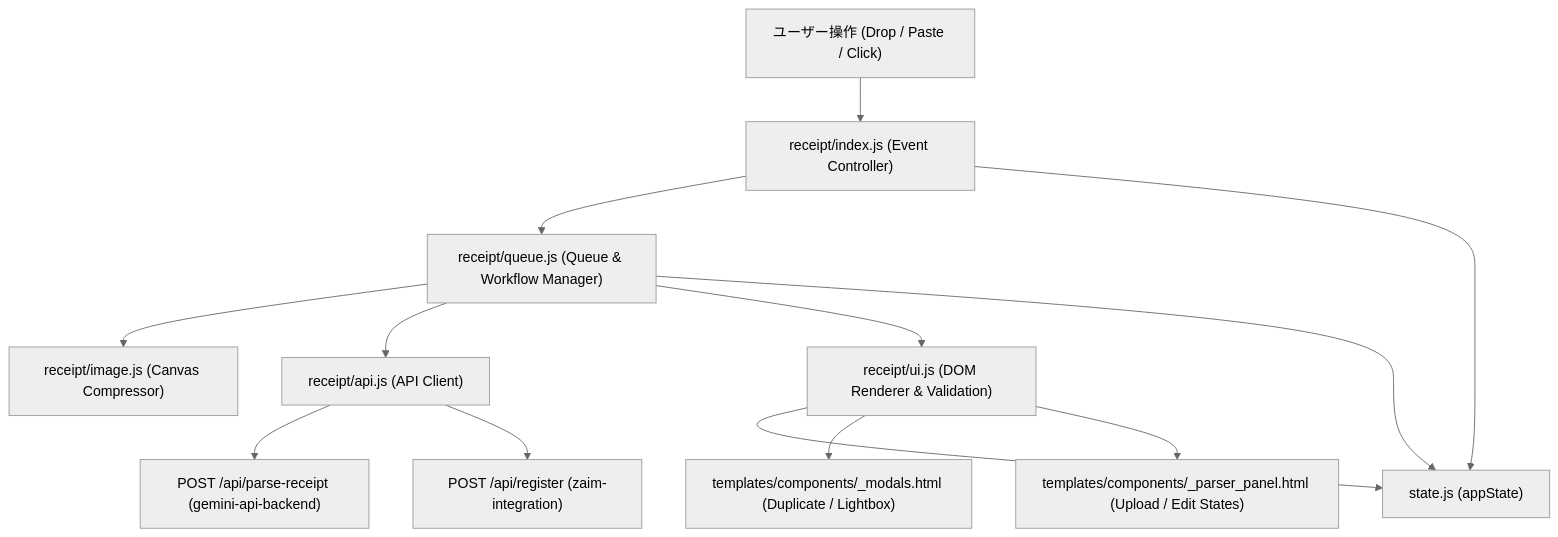
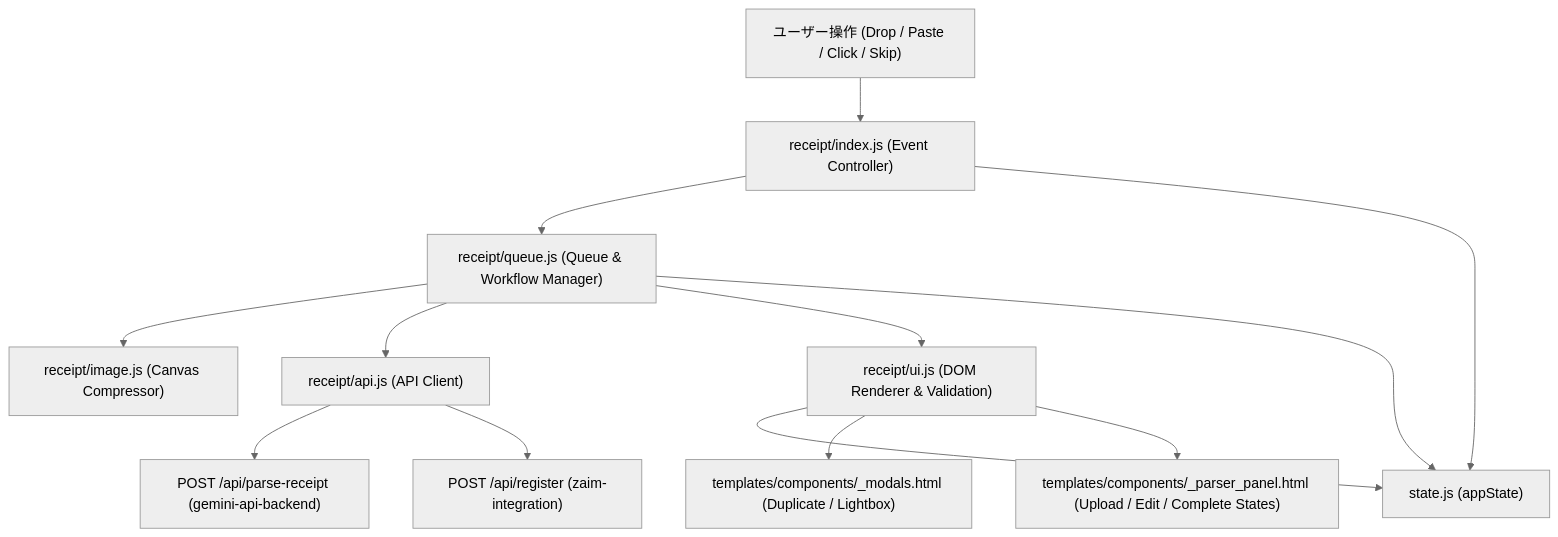
One commit to y-kbys/zaim-lens changed the first of 2 diagrams in .kiro/specs/receipt-workflow-ui/design.md. Above: the diagram before and after it, drawn with Mermaid (neutral theme). The commit also changed other lines of this file and 9 other files, not shown here.

First line of the commit message:
feat(receipt-workflow-ui): quietly return to top screen on full queue skip

````diff
--- a/.kiro/specs/receipt-workflow-ui/design.md
+++ b/.kiro/specs/receipt-workflow-ui/design.md
@@ -55,18 +56,18 @@
 ```mermaid
 graph TD
-    User["ユーザー操作 (Drop / Paste / Click)"] --> Index["receipt/index.js (Event Controller)"]
+    User["ユーザー操作 (Drop / Paste / Click / Skip)"] --> Index["receipt/index.js (Event Controller)"]
     Index --> Queue["receipt/queue.js (Queue & Workflow Manager)"]
     Queue --> Image["receipt/image.js (Canvas Compressor)"]
     Queue --> API["receipt/api.js (API Client)"]
     Queue --> UI["receipt/ui.js (DOM Renderer & Validation)"]
     
     API --> GeminiBackend["POST /api/parse-receipt (gemini-api-backend)"]
     API --> ZaimBackend["POST /api/register (zaim-integration)"]
     
     UI --> State["state.js (appState)"]
     Queue --> State
     Index --> State
     
     UI --> Modals["templates/components/_modals.html (Duplicate / Lightbox)"]
-    UI --> Panel["templates/components/_parser_panel.html (Upload / Edit States)"]
+    UI --> Panel["templates/components/_parser_panel.html (Upload / Edit / Complete States)"]
 ```
````
